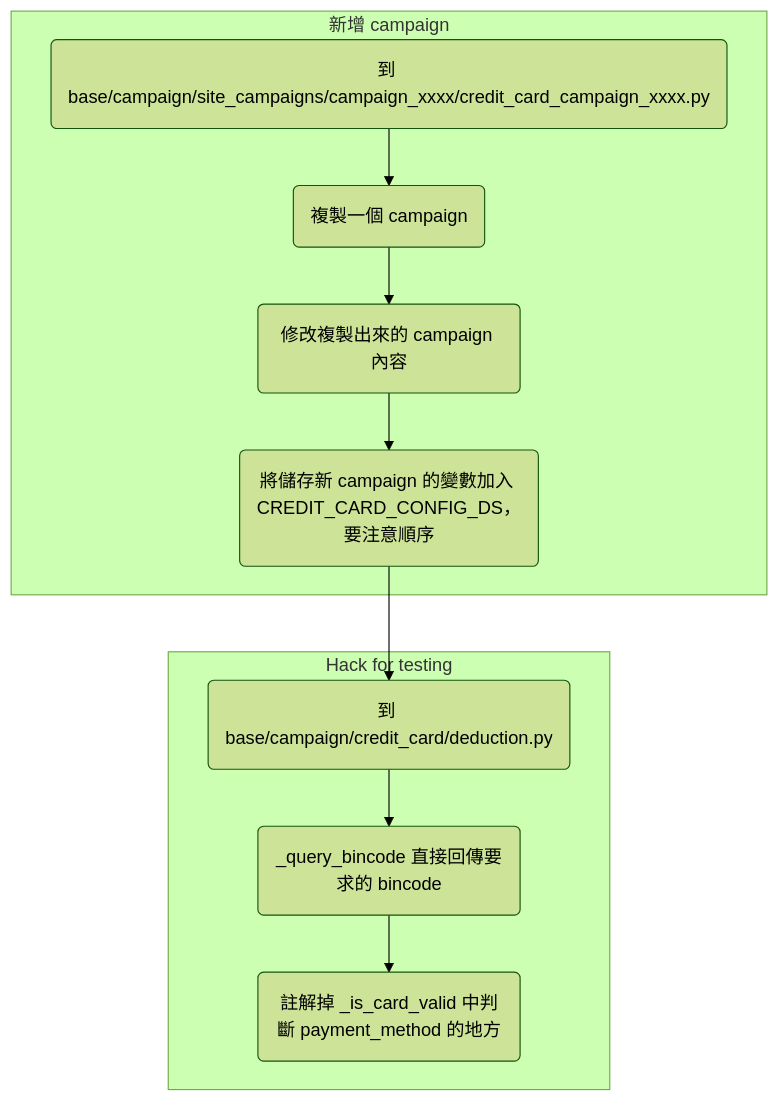
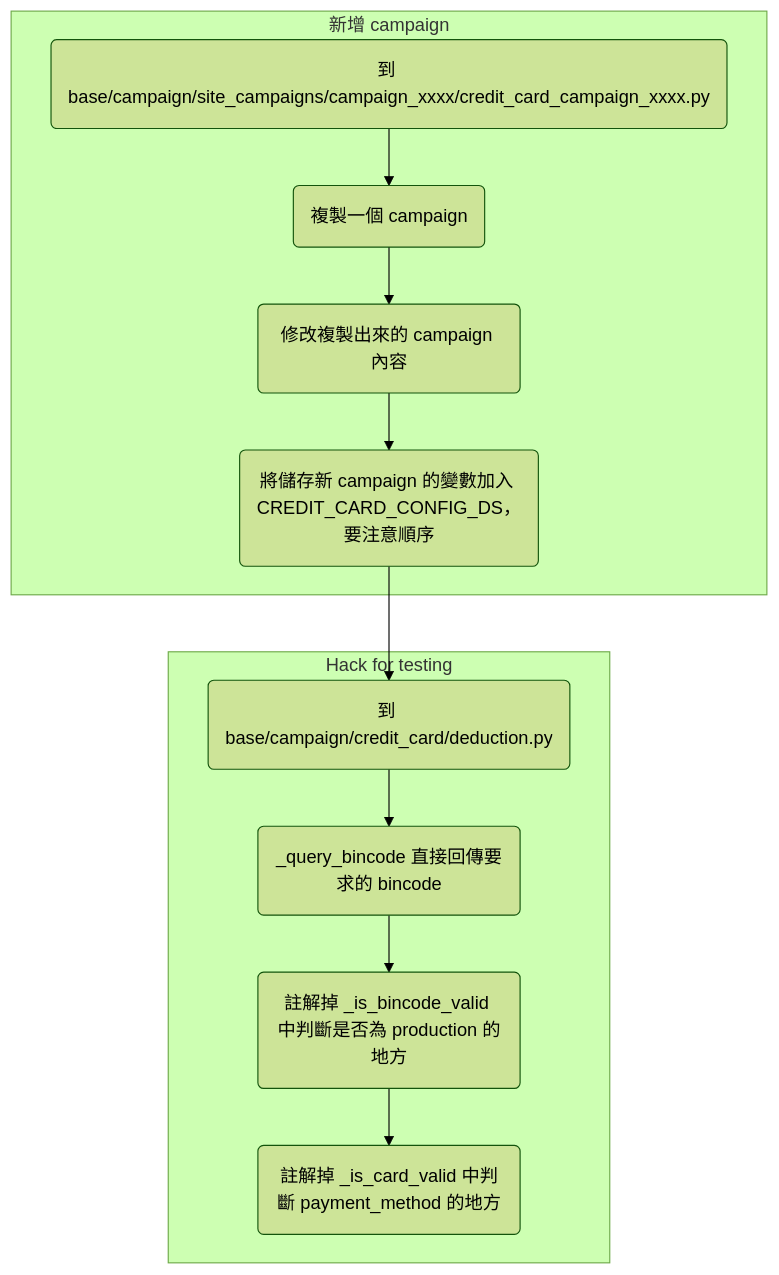
One commit to bingyangchen/KM-software changed the diagram in Pinkoi/新增 Credit-Card Campaign.md. Above: the diagram before and after it, drawn with Mermaid (forest theme). The commit also changed 23 other files, not shown here.

````diff
--- a/Pinkoi/新增 Credit-Card Campaign.md
+++ b/Pinkoi/新增 Credit-Card Campaign.md
@@ -3,20 +3,22 @@
 ```mermaid
 flowchart TD
     subgraph "新增 campaign"
     id1(到 base/campaign/site_campaigns/campaign_xxxx/credit_card_campaign_xxxx.py)
     id2(複製一個 campaign)
     id3(修改複製出來的 campaign 內容)
     id4("將儲存新 campaign 的變數加入 CREDIT_CARD_CONFIG_DS，要注意順序")
     id1 --> id2
     id2 --> id3
     id3 --> id4
     end
     subgraph "Hack for testing"
     id5(到 base/campaign/credit_card/deduction.py)
     id6(_query_bincode 直接回傳要求的 bincode)
-    id7(註解掉 _is_card_valid 中判斷 payment_method 的地方)
+    id7(註解掉 _is_bincode_valid 中判斷是否為 production 的地方)
+    id8(註解掉 _is_card_valid 中判斷 payment_method 的地方)
     id4 --> id5
     id5 --> id6
     id6 --> id7
+    id7 --> id8
     end
 ```
````
